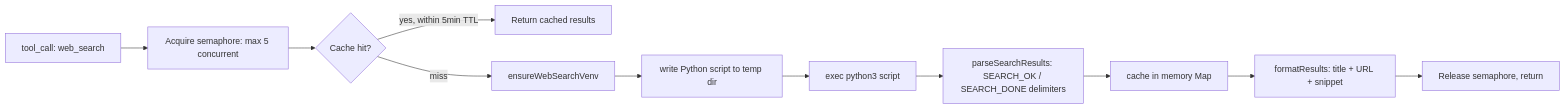
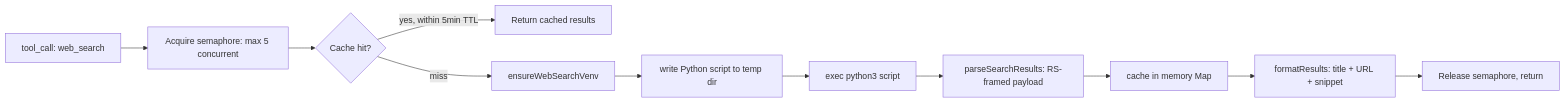
One commit to SchneiderDaniel/cheasee-pi changed the diagram in docs/extensions/web-search.md. Above: the diagram before and after it, drawn with Mermaid. The commit also changed other lines of this file and 8 other files, not shown here.

Commit message:
feat(#1729): Bug: web-search - result containing 'SEARCH_DONE' in title/snippet breaks JSON parsing, whole search fails

````diff
--- a/docs/extensions/web-search.md
+++ b/docs/extensions/web-search.md
@@ -35,13 +35,13 @@
 ```mermaid
 flowchart LR
     A[tool_call: web_search] --> B[Acquire semaphore: max 5 concurrent]
     B --> C{Cache hit?}
     C -- yes, within 5min TTL --> D[Return cached results]
     C -- miss --> E[ensureWebSearchVenv]
     E --> F[write Python script to temp dir]
     F --> G[exec python3 script]
-    G --> H[parseSearchResults: SEARCH_OK / SEARCH_DONE delimiters]
+    G --> H[parseSearchResults: RS-framed payload]
     H --> I[cache in memory Map]
     I --> J[formatResults: title + URL + snippet]
     J --> K[Release semaphore, return]
 ```
````
